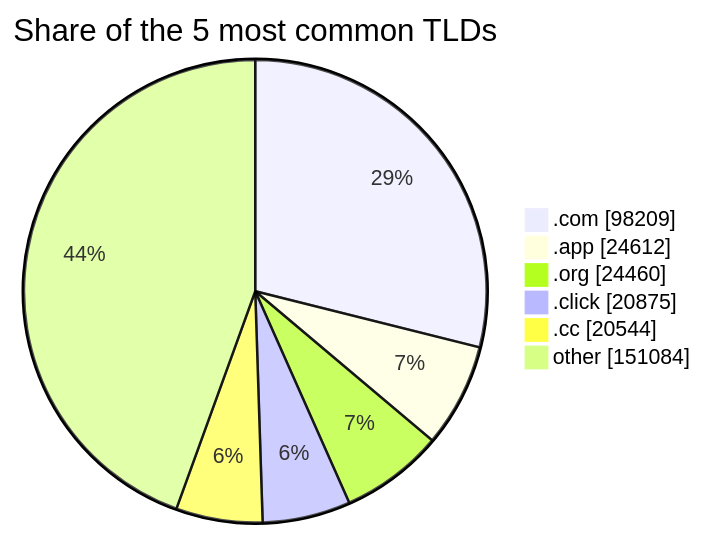
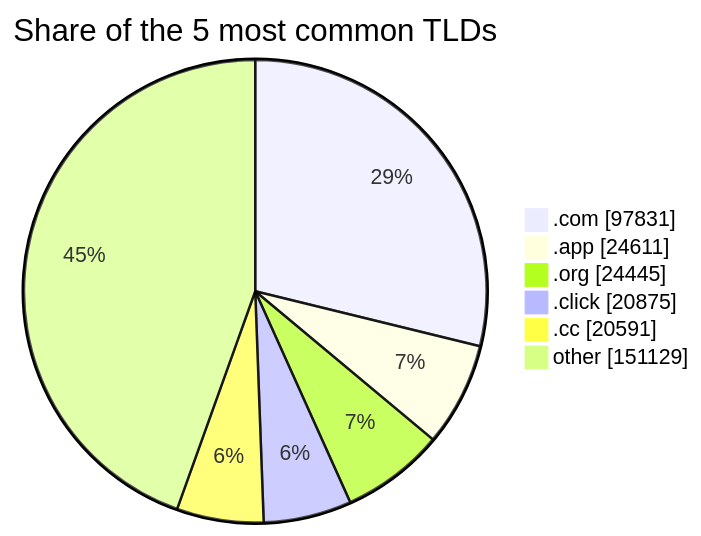
Before and after one commit to DNSBunker/CTI: the third of 3 diagrams in README.md, drawn with Mermaid. The commit also changed other lines of this file and 4 other files, not shown here.

````diff
--- a/README.md
+++ b/README.md
@@ -81,9 +81,9 @@
 ```mermaid
 pie showData title Share of the 5 most common TLDs
-    ".com" : 98209
-    ".app" : 24612
-    ".org" : 24460
+    ".com" : 97831
+    ".app" : 24611
+    ".org" : 24445
     ".click" : 20875
-    ".cc" : 20544
-    "other" : 151084
+    ".cc" : 20591
+    "other" : 151129
 ```
````
